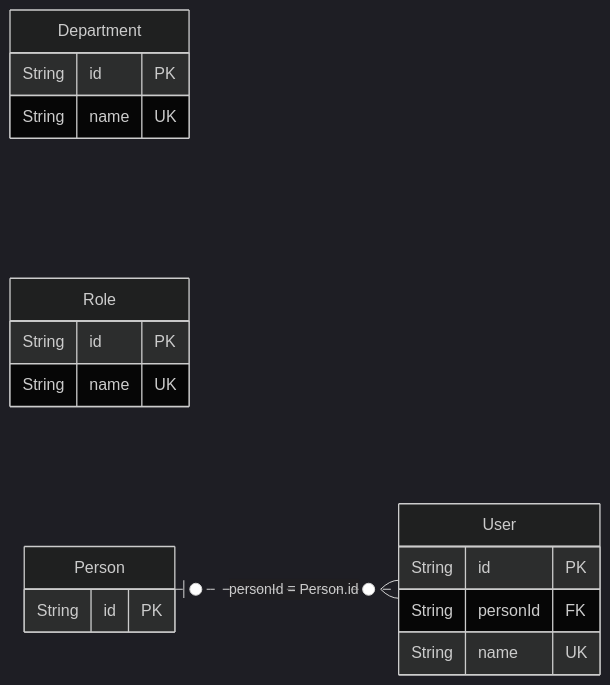
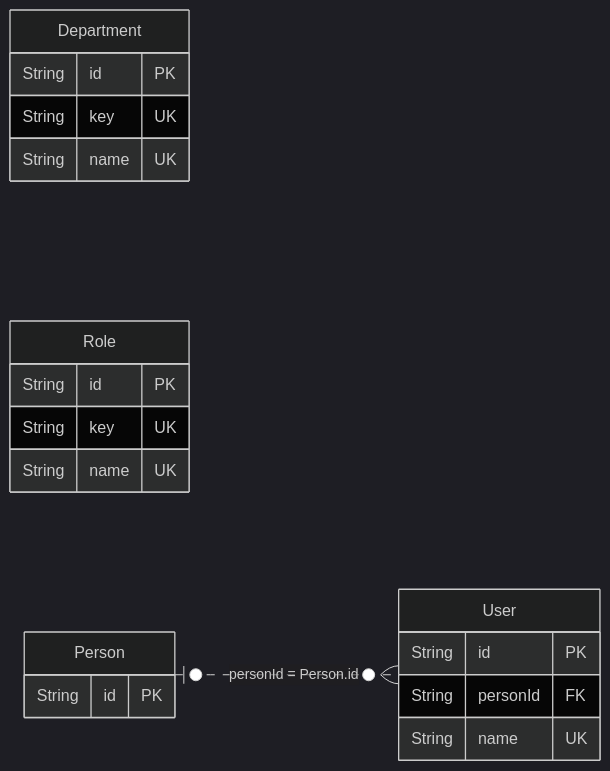
Before and after one commit to gpgsistemas01/nexus: the first of 22 diagrams in docs/architecture/views/logical/data-and-persistence/generated/database-schema.md, drawn with Mermaid (dark theme). The commit also changed 22 other files, not shown here.

````diff
--- a/docs/architecture/views/logical/data-and-persistence/generated/database-schema.md
+++ b/docs/architecture/views/logical/data-and-persistence/generated/database-schema.md
@@ -26,21 +26,23 @@
 ```mermaid
 erDiagram
     direction LR
     Department {
         String id PK
+        String key UK
         String name UK
     }
     Role {
         String id PK
+        String key UK
         String name UK
     }
     User {
         String id PK
         String personId FK
         String name UK
     }
     Person {
         String id PK
     }
     Person o|..o{ User : "personId = Person.id"
 ```
````
